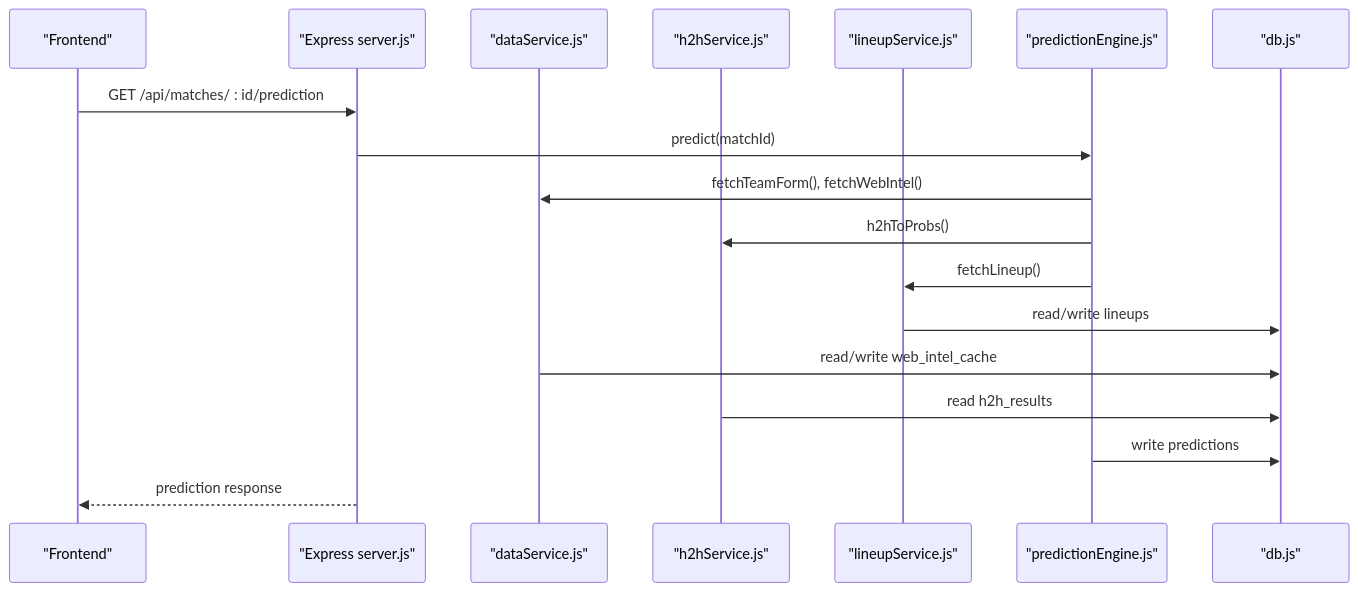
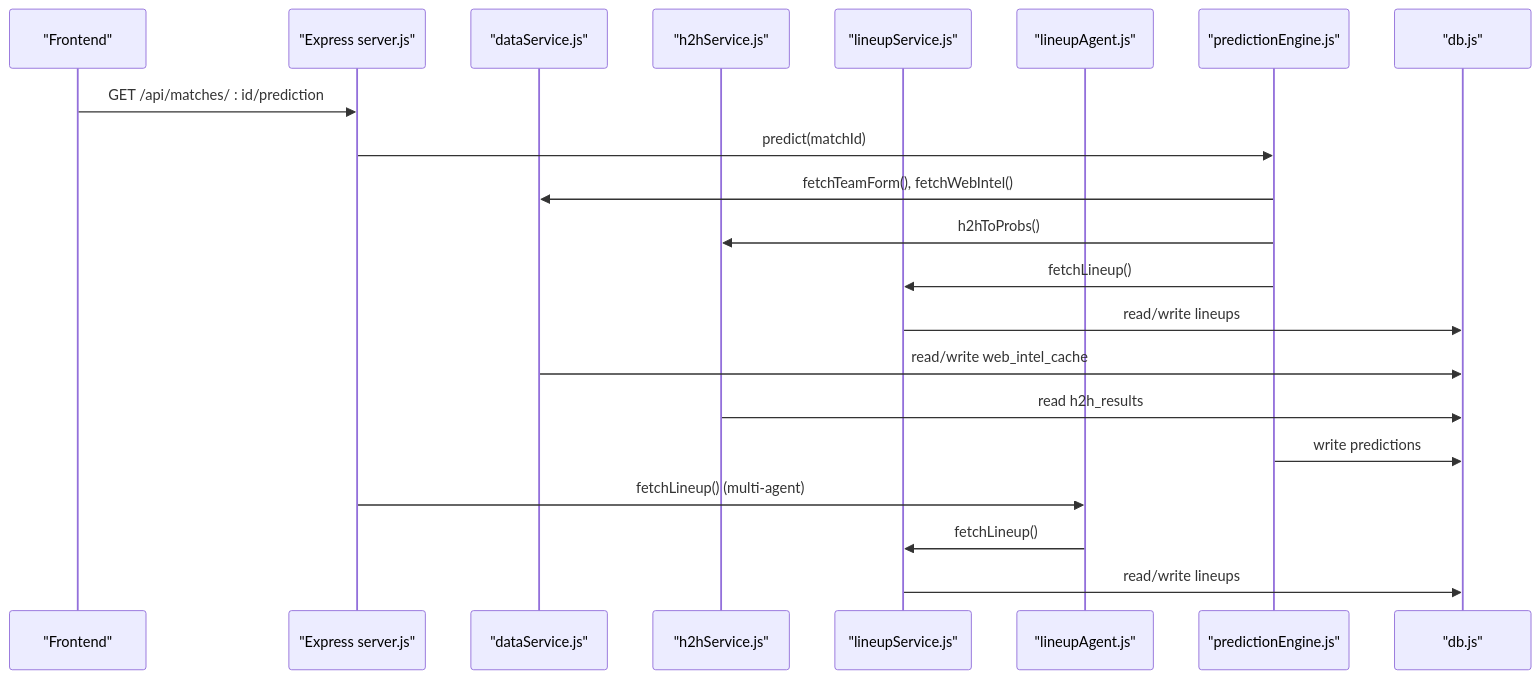
Before and after one commit to cheesiong/WC26-qwen: the second of 8 diagrams in .qoder/repowiki/en/content/Data Services/Data Services.md, drawn with Mermaid. The commit also changed other lines of this file and 22 other files, not shown here.

````diff
--- a/.qoder/repowiki/en/content/Data Services/Data Services.md
+++ b/.qoder/repowiki/en/content/Data Services/Data Services.md
@@ -141,20 +152,23 @@
 ```mermaid
 sequenceDiagram
 participant FE as "Frontend"
 participant API as "Express server.js"
 participant DS as "dataService.js"
 participant H2H as "h2hService.js"
 participant LIN as "lineupService.js"
+participant LA as "lineupAgent.js"
 participant PE as "predictionEngine.js"
 participant DB as "db.js"
 FE->>API : GET /api/matches/ : id/prediction
 API->>PE : predict(matchId)
 PE->>DS : fetchTeamForm(), fetchWebIntel()
 PE->>H2H : h2hToProbs()
 PE->>LIN : fetchLineup()
 LIN->>DB : read/write lineups
 DS->>DB : read/write web_intel_cache
 H2H->>DB : read h2h_results
 PE->>DB : write predictions
-API-->>FE : prediction response
+API->>LA : fetchLineup() (multi-agent)
+LA->>LIN : fetchLineup()
+LIN->>DB : read/write lineups
 ```
````
